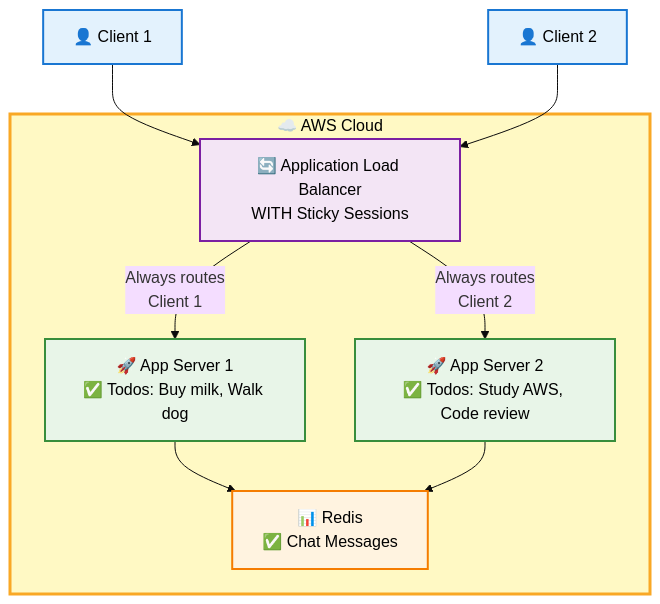
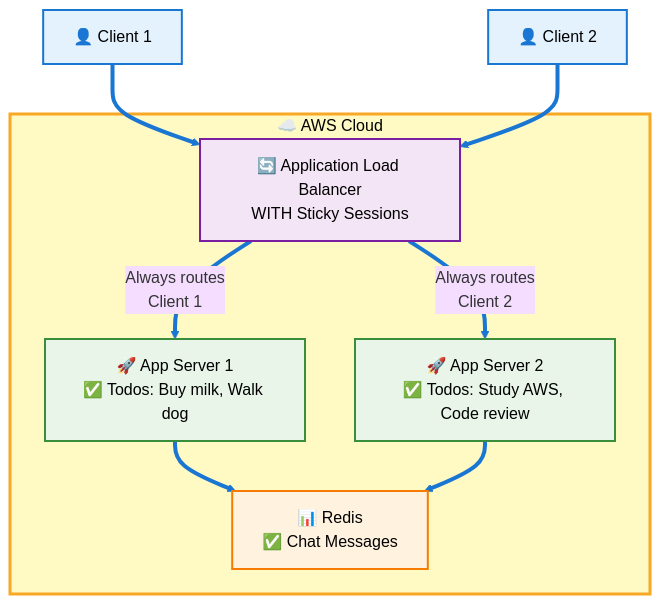
One commit to Jilan5/mermaid-tester changed the first of 2 diagrams in README.md. Above: the diagram before and after it, drawn with Mermaid (base theme). The commit also changed other lines of this file, not shown here.

````diff
--- a/README.md
+++ b/README.md
@@ -1,30 +1,37 @@
 ```mermaid
 flowchart TD
     C1[👤 Client 1] --> ALB[🔄 Application Load Balancer<br/>WITH Sticky Sessions]
     C2[👤 Client 2] --> ALB
     
     ALB -->|Always routes<br/>Client 1| A1[🚀 App Server 1<br/>✅ Todos: Buy milk, Walk dog]
     ALB -->|Always routes<br/>Client 2| A2[🚀 App Server 2<br/>✅ Todos: Study AWS, Code review]
     
     A1 --> R[📊 Redis<br/>✅ Chat Messages]
     A2 --> R
     
     subgraph AWS["☁️ AWS Cloud"]
         ALB
         A1
         A2
         R
     end
     
     classDef client fill:#e3f2fd,stroke:#1976d2,stroke-width:2px,color:#000
     classDef alb fill:#f3e5f5,stroke:#7b1fa2,stroke-width:2px,color:#000
     classDef server fill:#e8f5e8,stroke:#388e3c,stroke-width:2px,color:#000
     classDef redis fill:#fff3e0,stroke:#f57c00,stroke-width:2px,color:#000
     classDef aws fill:#fff9c4,stroke:#f9a825,stroke-width:3px,color:#000
     
     class C1,C2 client
     class ALB alb
     class A1,A2 server
     class R redis
     class AWS aws
+    
+    linkStyle 0 stroke:#1976d2,stroke-width:4px
+    linkStyle 1 stroke:#1976d2,stroke-width:4px
+    linkStyle 2 stroke:#1976d2,stroke-width:4px
+    linkStyle 3 stroke:#1976d2,stroke-width:4px
+    linkStyle 4 stroke:#1976d2,stroke-width:4px
+    linkStyle 5 stroke:#1976d2,stroke-width:4px
 ```
````
